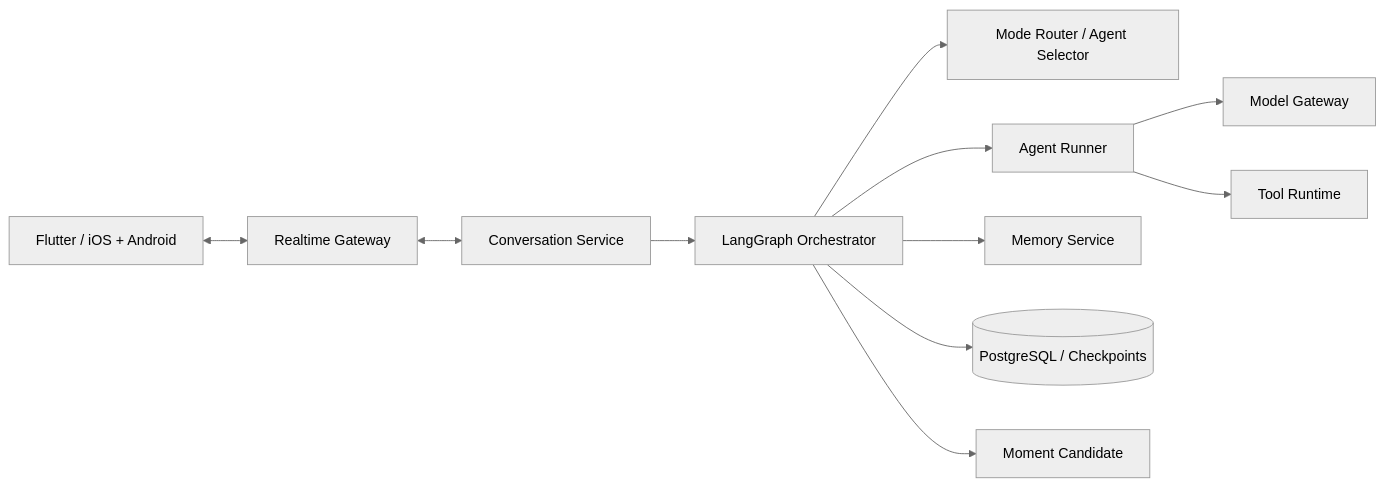
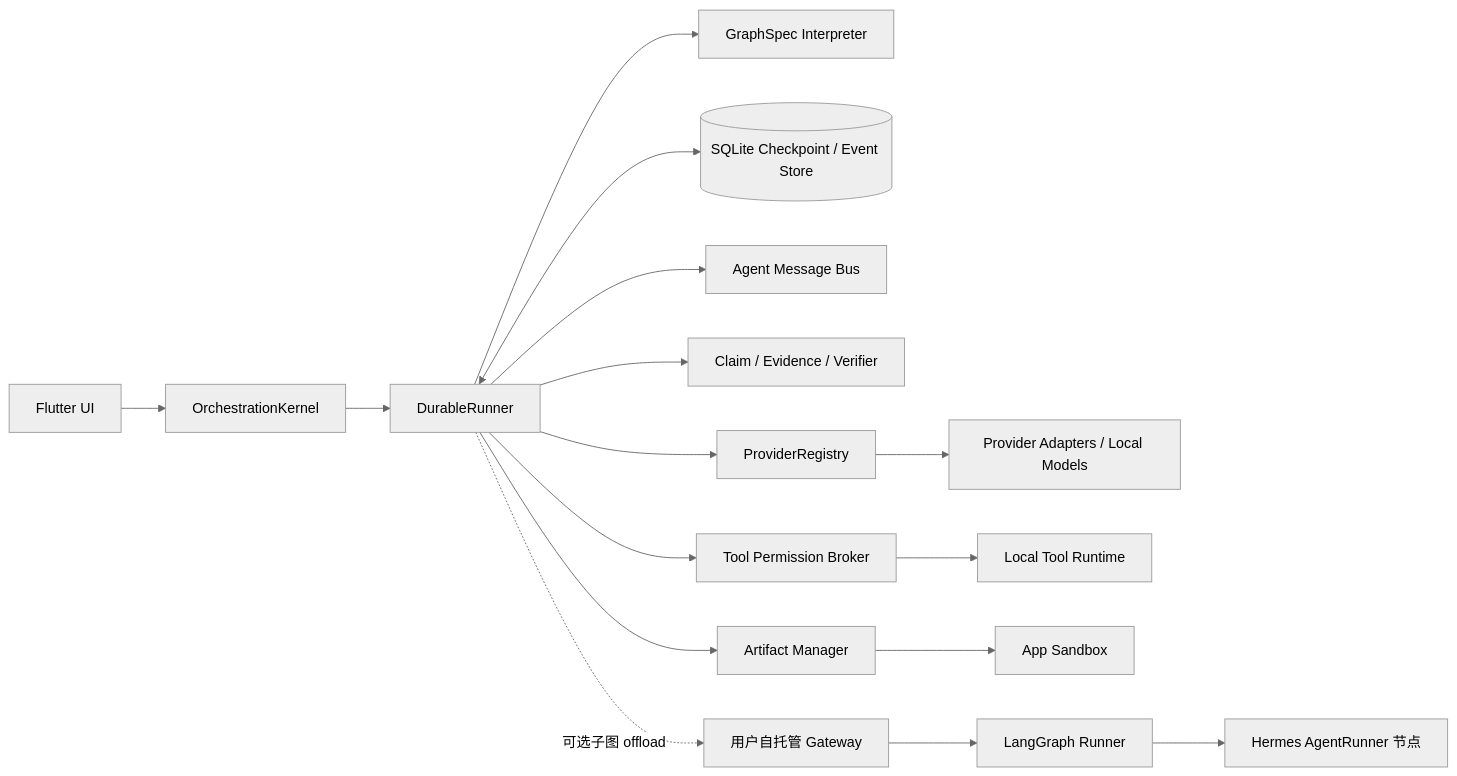
Before and after one commit to liumanlihudie/halo: the diagram in docs/02-architecture/02-agent-orchestration-langgraph.md, drawn with Mermaid (neutral theme). The commit also changed other lines of this file and 84 other files, not shown here.

````diff
--- a/docs/02-architecture/02-agent-orchestration-langgraph.md
+++ b/docs/02-architecture/02-agent-orchestration-langgraph.md
@@ -21,13 +68,18 @@
 ```mermaid
 flowchart LR
-    MOBILE["Flutter / iOS + Android"] <--> RT["Realtime Gateway"]
-    RT <--> CONV["Conversation Service"]
-    CONV --> GRAPH["LangGraph Orchestrator"]
-    GRAPH --> ROUTER["Mode Router / Agent Selector"]
-    GRAPH --> RUNNER["Agent Runner"]
-    RUNNER --> MODEL["Model Gateway"]
-    RUNNER --> TOOLS["Tool Runtime"]
-    GRAPH --> MEMORY["Memory Service"]
-    GRAPH --> DB[("PostgreSQL / Checkpoints")]
-    GRAPH --> MOMENT["Moment Candidate"]
+  UI["Flutter UI"] --> KERNEL["OrchestrationKernel"]
+  KERNEL --> RUNNER["DurableRunner"]
+  RUNNER --> GRAPH["GraphSpec Interpreter"]
+  RUNNER <--> STORE[("SQLite Checkpoint / Event Store")]
+  RUNNER --> BUS["Agent Message Bus"]
+  RUNNER --> TRUST["Claim / Evidence / Verifier"]
+  RUNNER --> BROKER["Tool Permission Broker"]
+  RUNNER --> ARTIFACT["Artifact Manager"]
+  RUNNER --> REGISTRY["ProviderRegistry"]
+  REGISTRY --> DIRECT["Provider Adapters / Local Models"]
+  BROKER --> TOOLS["Local Tool Runtime"]
+  ARTIFACT --> FILES["App Sandbox"]
+  RUNNER -. "可选子图 offload" .-> GATEWAY["用户自托管 Gateway"]
+  GATEWAY --> LANGGRAPH["LangGraph Runner"]
+  LANGGRAPH --> HERMES["Hermes AgentRunner 节点"]
 ```
````
